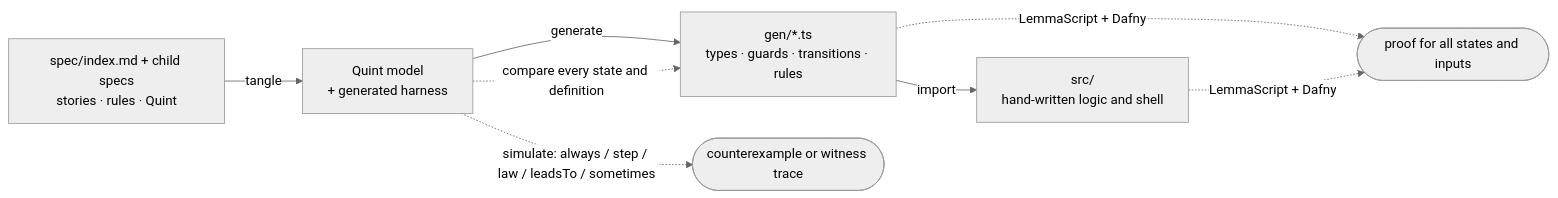
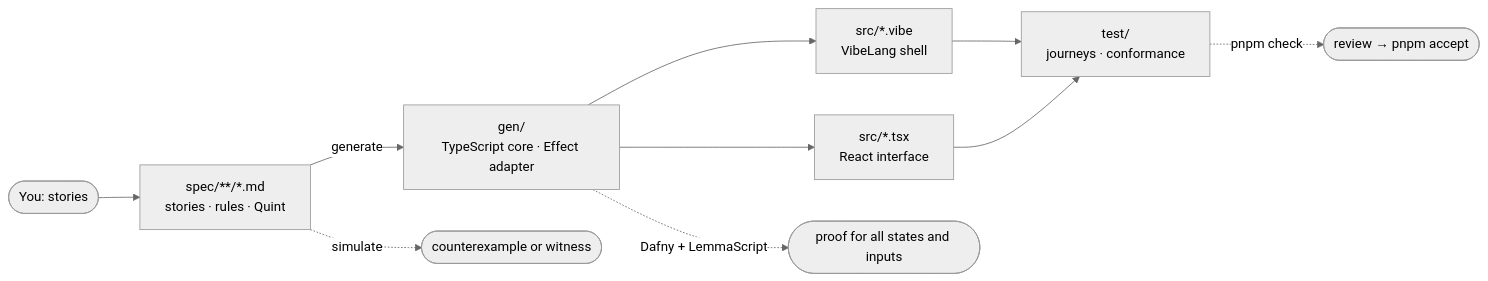
Before and after one commit to lalalune/vibespec-starter: the first of 2 diagrams in README.md, drawn with Mermaid (neutral theme). The commit also changed other lines of this file, not shown here.

````diff
--- a/README.md
+++ b/README.md
@@ -65,16 +89,13 @@
 ```mermaid
 flowchart LR
-  spec["spec/index.md + child specs<br/>stories · rules · Quint"]
-  qnt["Quint model<br/>+ generated harness"]
-  ts["gen/*.ts<br/>types · guards · transitions · rules"]
-  app["src/<br/>hand-written logic and shell"]
+  you(["You: stories"]) --> spec["spec/**/*.md<br/>stories · rules · Quint"]
+  spec -- generate --> gen["gen/<br/>TypeScript core · Effect adapter"]
+  gen --> shell["src/*.vibe<br/>VibeLang shell"]
+  gen --> ui["src/*.tsx<br/>React interface"]
+  shell --> tests["test/<br/>journeys · conformance"]
+  ui --> tests
 
-  spec -- tangle --> qnt
-  qnt -- generate --> ts
-  ts -- import --> app
-
-  qnt -. "simulate: always / step / law / leadsTo / sometimes" .-> v1([counterexample or witness trace])
-  qnt -. "compare every state and definition" .-> ts
-  ts -. "LemmaScript + Dafny" .-> v2([proof for all states and inputs])
-  app -. "LemmaScript + Dafny" .-> v2
+  spec -. simulate .-> sim([counterexample or witness])
+  gen -. "Dafny + LemmaScript" .-> proof([proof for all states and inputs])
+  tests -. "pnpm check" .-> review(["review → pnpm accept"])
 ```
````
